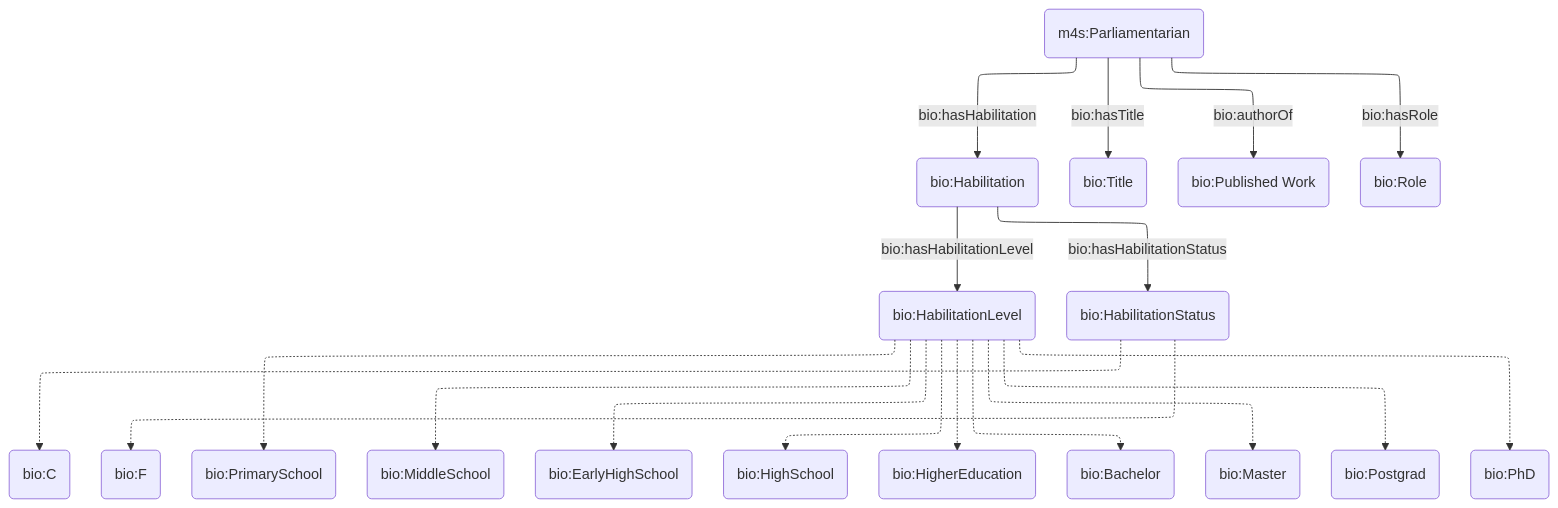
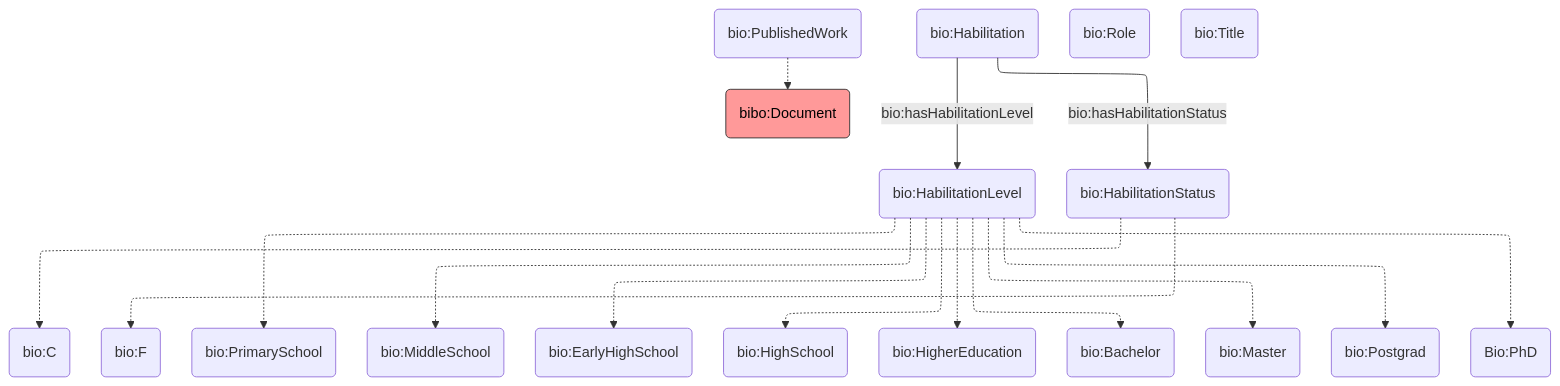
Before and after one commit to politrackpt/ontologies: the diagram in POLIS/AR/biographic/bio.mmd, drawn with Mermaid.

```diff
--- a/POLIS/AR/biographic/bio.mmd
+++ b/POLIS/AR/biographic/bio.mmd
@@ -1,23 +1,32 @@
 ---
 config:
   layout: elk
 ---
 flowchart TB
-    MP(m4s:Parliamentarian) -- bio:hasHabilitation --> Edu(bio:Habilitation)
-    MP -- bio:hasTitle --> Title(bio:Title)
-    MP -- bio:authorOf --> Document(bio:Published Work)
-    MP -- bio:hasRole --> Role(bio:Role)
-    Edu -- bio:hasHabilitationLevel --> Level(bio:HabilitationLevel)
-    Edu -- bio:hasHabilitationStatus --> Status(bio:HabilitationStatus)
-    Status -.-> bio:C("bio:C")
-    Status -.-> bio:F("bio:F")
+    %%MP(m4s:Parliamentarian) -- bio:hasHabilitation --> Edu(bio:Habilitation)
+    %%MP -- bio:hasTitle --> Title(bio:Title)
+    %%MP -- bio:authorOf --> Document(bibo:Document)
+    %%MP -- bio:hasRole --> Role(bio:Role)
+    PublishedWork(bio:PublishedWork)-.-> Document(bibo:Document)
+
+    Habilitation(bio:Habilitation) -- bio:hasHabilitationLevel --> Level(bio:HabilitationLevel)
+    Habilitation -- bio:hasHabilitationStatus --> Status(bio:HabilitationStatus)
+    Status -.-> C("bio:C")
+    Status -.-> F("bio:F")
 
     Level -.-> bio:PrimarySchool("bio:PrimarySchool")
     Level -.-> bio:MiddleSchool("bio:MiddleSchool")
     Level -.-> bio:EarlyHighSchool("bio:EarlyHighSchool")
     Level -.-> bio:HighSchool("bio:HighSchool")
-    Level -.-> bio:HigherEducation("bio:HigherEducation")
+    Level -.-> bio:HigherEducation(" bio:HigherEducation")
     Level -.-> bio:Bachelor("bio:Bachelor")
     Level -.-> bio:Master("bio:Master")
     Level -.-> bio:Postgrad("bio:Postgrad")
-    Level -.-> bio:PhD("bio:PhD")
+    Level -.-> bio:PhD("Bio:PhD")
+
+    Role(bio:Role)
+    Title(bio:Title)
+
+    style Document fill:#FF9999,stroke:#333,color:#000
+    %%style Document fill:#FF9999,stroke:#333,color:#000
+    %%linkStyle 0,1,2,3 stroke:#89CFF0,stroke-width:2px
```
